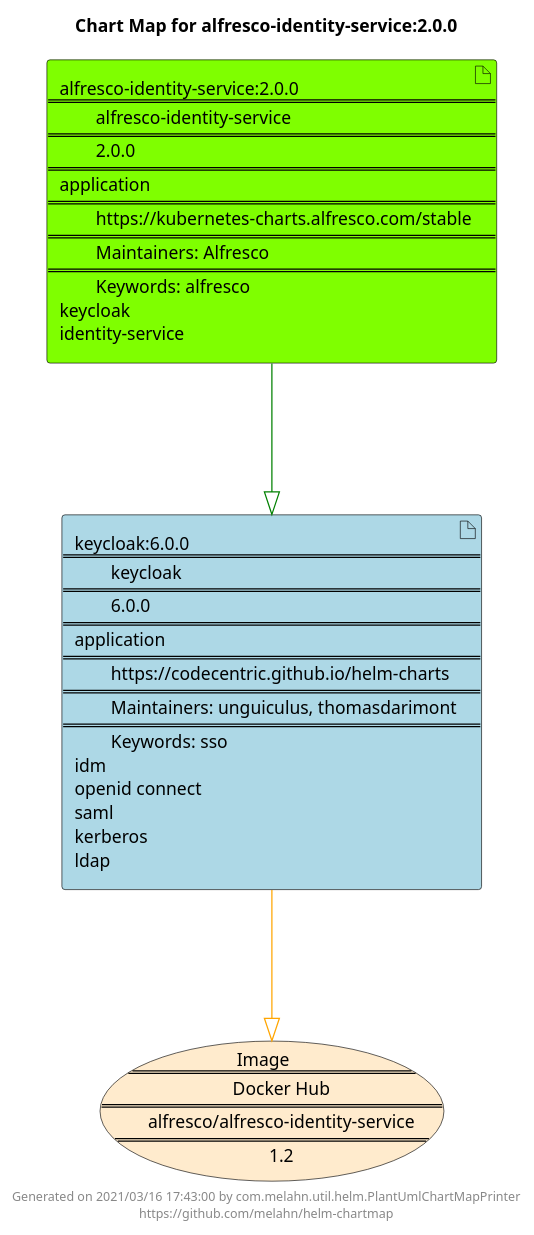
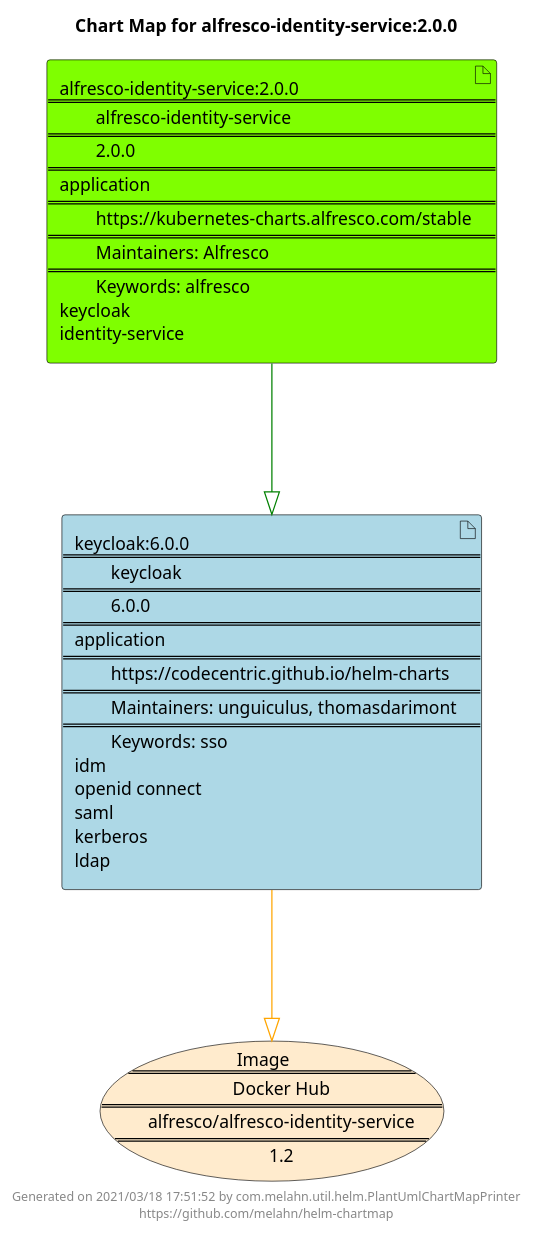
Before and after one commit to melahn/helm-chartmap: the diagram in docs/alfresco-identity-service/alfresco-identity-service-2.0.0.puml, drawn with PlantUML. The commit also changed 28 other files, not shown here.

```diff
--- a/docs/alfresco-identity-service/alfresco-identity-service-2.0.0.puml
+++ b/docs/alfresco-identity-service/alfresco-identity-service-2.0.0.puml
@@ -1,23 +1,23 @@
 @startuml
 skinparam linetype ortho
 skinparam backgroundColor white
 skinparam usecaseBorderColor black
 skinparam usecaseArrowColor LightSlateGray
 skinparam artifactBorderColor black
 skinparam artifactArrowColor LightSlateGray
 
 title Chart Map for alfresco-identity-service:2.0.0
 
 'There are 2 referenced Helm Charts
 artifact "keycloak:6.0.0\n====\n\tkeycloak\n====\n\t6.0.0\n====\napplication\n====\n\thttps://codecentric.github.io/helm-charts\n====\n\tMaintainers: unguiculus, thomasdarimont\n====\n\tKeywords: sso\nidm\nopenid connect\nsaml\nkerberos\nldap" as keycloak_6_0_0 #LightBlue
 artifact "alfresco-identity-service:2.0.0\n====\n\talfresco-identity-service\n====\n\t2.0.0\n====\napplication\n====\n\thttps://kubernetes-charts.alfresco.com/stable\n====\n\tMaintainers: Alfresco\n====\n\tKeywords: alfresco\nkeycloak\nidentity-service" as alfresco_identity_service_2_0_0 #Chartreuse
 
 'There is one referenced Docker Image
 usecase "Image\n====\n\tDocker Hub\n====\n\talfresco/alfresco-identity-service\n====\n\t1.2" as alfresco_alfresco_identity_service_1_2 #BlanchedAlmond
 
 'Chart Dependencies
 alfresco_identity_service_2_0_0--[#green]-|>keycloak_6_0_0
 keycloak_6_0_0--[#orange]-|>alfresco_alfresco_identity_service_1_2
 
-center footer Generated on 2021/03/16 17:43:00 by com.melahn.util.helm.PlantUmlChartMapPrinter\nhttps://github.com/melahn/helm-chartmap
+center footer Generated on 2021/03/18 17:51:52 by com.melahn.util.helm.PlantUmlChartMapPrinter\nhttps://github.com/melahn/helm-chartmap
 @enduml
```
